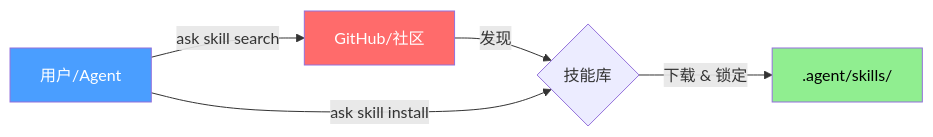
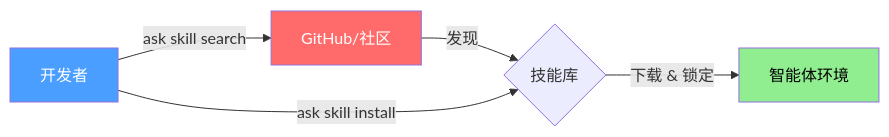
One commit to rzyns/ask changed the diagram in README_zh.md. Above: the diagram before and after it, drawn with Mermaid. The commit also changed other lines of this file and 15 other files, not shown here.

````diff
--- a/README_zh.md
+++ b/README_zh.md
@@ -39,11 +39,11 @@
 ```mermaid
 graph LR
-    User[用户/Agent] -->|ask skill search| Sources[GitHub/社区]
+    User[开发者] -->|ask skill search| Sources[GitHub/社区]
     Sources -->|发现| Skills{技能库}
     User -->|ask skill install| Skills
-    Skills -->|下载 & 锁定| Agent[.agent/skills/]
+    Skills -->|下载 & 锁定| Agent[智能体环境]
     
     style User fill:#4a9eff,color:white
     style Sources fill:#ff6b6b,color:white
     style Agent fill:#90ee90,color:black
 ```
````
